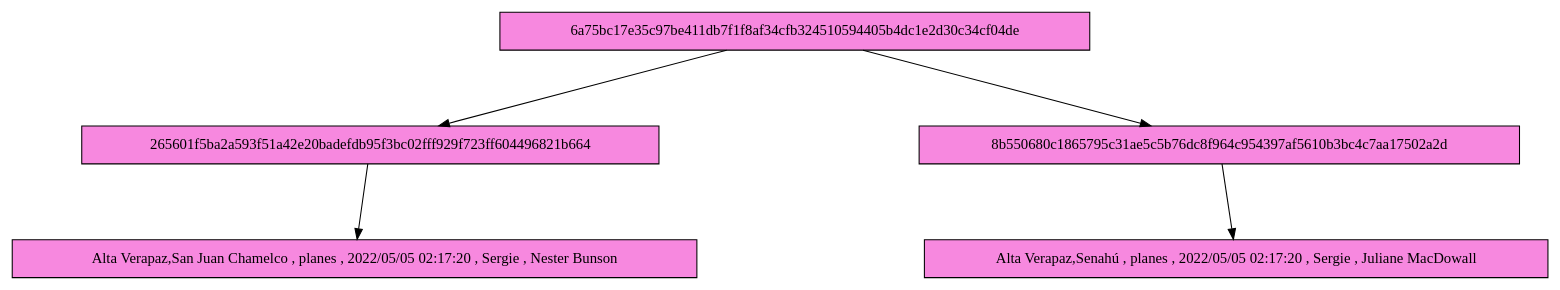
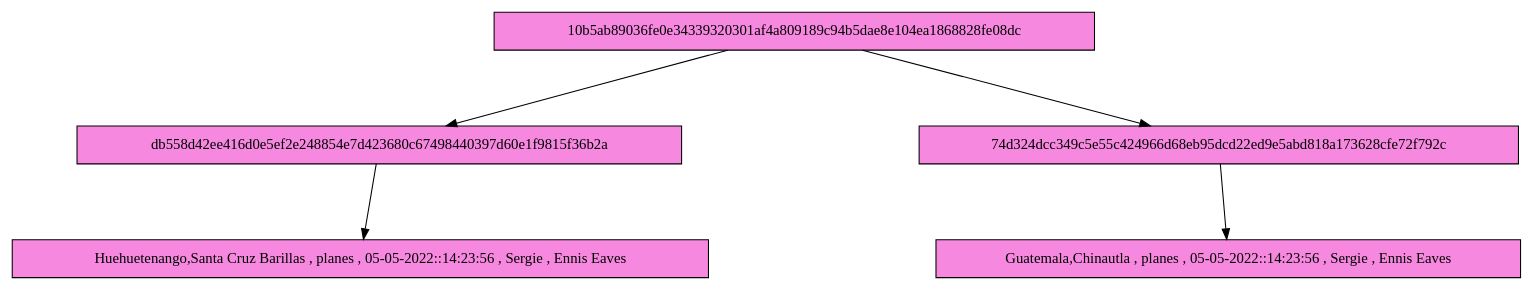
Before and after one commit to Serch-ING/EDD_UDRAWING_202000119: the diagram in FASE 3/Grafico/Merkle_1.dot, drawn with Graphviz. The commit also changed 10 other files, not shown here.

```diff
--- a/FASE 3/Grafico/Merkle_1.dot
+++ b/FASE 3/Grafico/Merkle_1.dot
@@ -1,16 +1,16 @@
 digraph G {
 nodesep=3; 
 ranksep=1;
 node[shape=box style = filled fillcolor="#F788DF"];
-	NodoABB2031864416[ label="6a75bc17e35c97be411db7f1f8af34cfb324510594405b4dc1e2d30c34cf04de"  ];
-	NodoABB1886735338[ label="265601f5ba2a593f51a42e20badefdb95f3bc02fff929f723ff604496821b664"];
-NodoABB2031864416->NodoABB1886735338
-	NodoABB1886735338[ label="265601f5ba2a593f51a42e20badefdb95f3bc02fff929f723ff604496821b664"  ];
-	NodoABB1886735338265601f5ba2a593f51a42e20badefdb95f3bc02fff929f723ff604496821b664[ label="Alta Verapaz,San Juan Chamelco , planes , 2022/05/05 02:17:20 , Sergie , Nester Bunson"  ];
-NodoABB1886735338->NodoABB1886735338265601f5ba2a593f51a42e20badefdb95f3bc02fff929f723ff604496821b664
-	NodoABB1914762776[ label="8b550680c1865795c31ae5c5b76dc8f964c954397af5610b3bc4c7aa17502a2d" ];
-NodoABB2031864416->NodoABB1914762776
-	NodoABB1914762776[ label="8b550680c1865795c31ae5c5b76dc8f964c954397af5610b3bc4c7aa17502a2d"  ];
-	NodoABB19147627768b550680c1865795c31ae5c5b76dc8f964c954397af5610b3bc4c7aa17502a2d[ label="Alta Verapaz,Senahú , planes , 2022/05/05 02:17:20 , Sergie , Juliane MacDowall"  ];
-NodoABB1914762776->NodoABB19147627768b550680c1865795c31ae5c5b76dc8f964c954397af5610b3bc4c7aa17502a2d
+	NodoABB1156720986[ label="10b5ab89036fe0e34339320301af4a809189c94b5dae8e104ea1868828fe08dc"  ];
+	NodoABB2107748892[ label="db558d42ee416d0e5ef2e248854e7d423680c67498440397d60e1f9815f36b2a"];
+NodoABB1156720986->NodoABB2107748892
+	NodoABB2107748892[ label="db558d42ee416d0e5ef2e248854e7d423680c67498440397d60e1f9815f36b2a"  ];
+	NodoABB2107748892db558d42ee416d0e5ef2e248854e7d423680c67498440397d60e1f9815f36b2a[ label="Huehuetenango,Santa Cruz Barillas , planes , 05-05-2022::14:23:56 , Sergie , Ennis Eaves"  ];
+NodoABB2107748892->NodoABB2107748892db558d42ee416d0e5ef2e248854e7d423680c67498440397d60e1f9815f36b2a
+	NodoABB1814930713[ label="74d324dcc349c5e55c424966d68eb95dcd22ed9e5abd818a173628cfe72f792c" ];
+NodoABB1156720986->NodoABB1814930713
+	NodoABB1814930713[ label="74d324dcc349c5e55c424966d68eb95dcd22ed9e5abd818a173628cfe72f792c"  ];
+	NodoABB181493071374d324dcc349c5e55c424966d68eb95dcd22ed9e5abd818a173628cfe72f792c[ label="Guatemala,Chinautla , planes , 05-05-2022::14:23:56 , Sergie , Ennis Eaves"  ];
+NodoABB1814930713->NodoABB181493071374d324dcc349c5e55c424966d68eb95dcd22ed9e5abd818a173628cfe72f792c
 }
```
